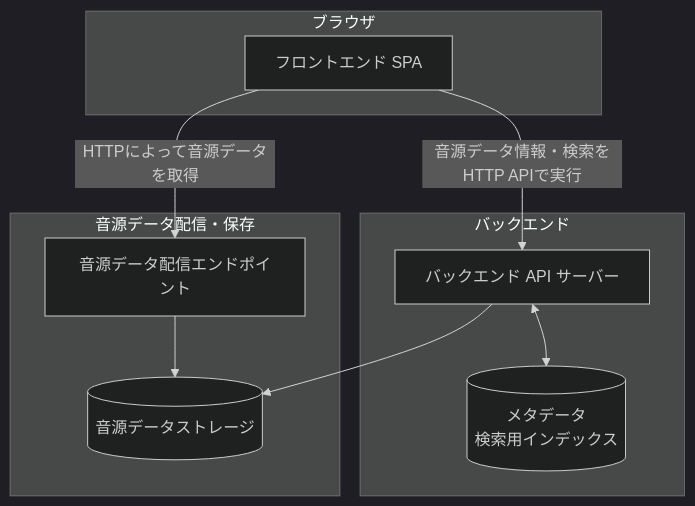
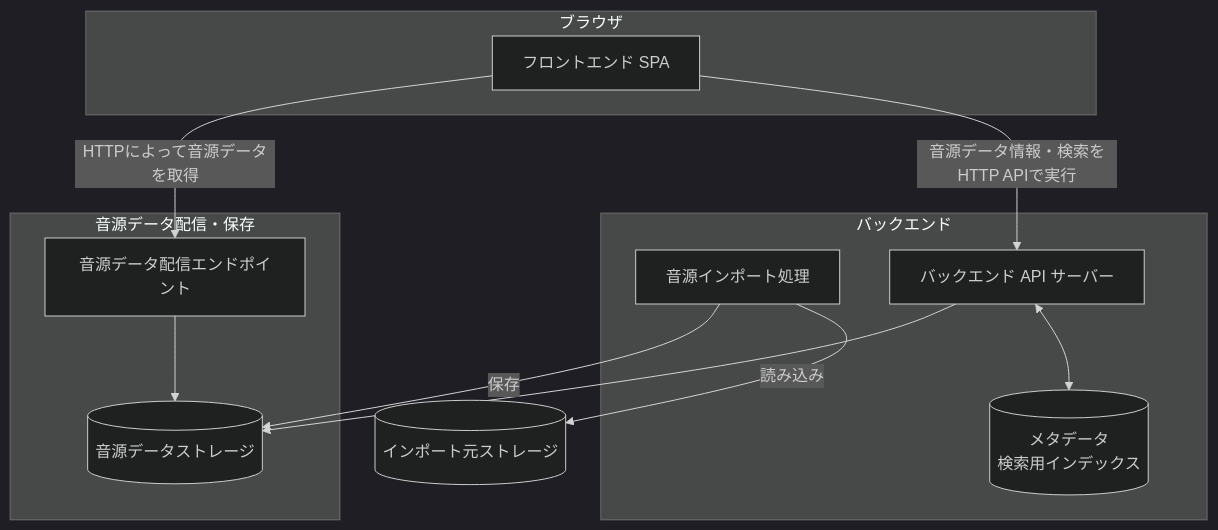
One commit to Kotaro7750/tonhalle changed the diagram in docs/architecture.md. Above: the diagram before and after it, drawn with Mermaid (dark theme). The commit also changed other lines of this file and 6 other files, not shown here.

````diff
--- a/docs/architecture.md
+++ b/docs/architecture.md
@@ -20,23 +20,28 @@
 ```mermaid
 flowchart TB
     subgraph browser[ブラウザ]
         spa[フロントエンド SPA]
     end
 
     subgraph backend[バックエンド]
         api[バックエンド API サーバー]
+        importer[音源インポート処理]
         database[(メタデータ<br>検索用インデックス)]
     end
 
     subgraph content[音源データ配信・保存]
         delivery[音源データ配信エンドポイント]
         audio_source_storage[(音源データストレージ)]
     end
 
+    import_source[(インポート元ストレージ)]
+
+    importer -->|読み込み| import_source
+    importer -->|保存| audio_source_storage
     spa -->|音源データ情報・検索をHTTP APIで実行| api
     api <--> database
     spa -->|HTTPによって音源データを取得| delivery
     api --> audio_source_storage
     delivery --> audio_source_storage
 
 ```
````
